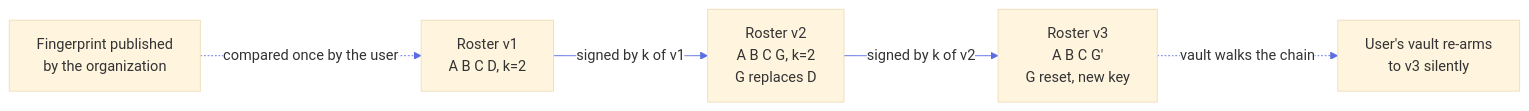
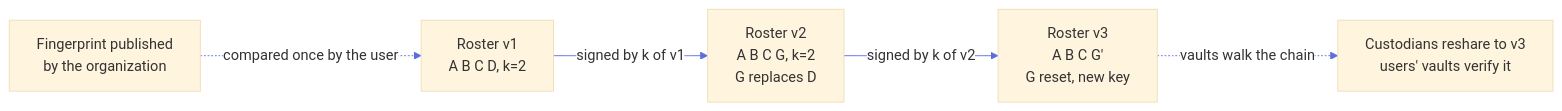
One commit to suitenumerique/encryption changed diagram 13 of 22 in shamir.md. Above: the diagram before and after it, drawn with Mermaid. The commit also changed other lines of this file and 91 other files, not shown here.

````diff
--- a/shamir.md
+++ b/shamir.md
@@ -480,8 +537,8 @@
 ```mermaid
 %%{init: {'theme':'base','look':'classic','themeVariables':{'lineColor':'#5b6ee0','edgeLabelBackground':'#ffffff','clusterBkg':'#f5f7ff','clusterBorder':'#9aa7e8','titleColor':'#1a1a2e'},'themeCSS':'.edgeLabel p{background-color:#ffffff;color:#444;font-style:italic;border:1px solid #b5b5b5;padding:2px 8px;border-radius:10px;margin:0;} .edgeLabel .labelBkg{background:transparent;}'}}%%
 flowchart LR
   P[Fingerprint published<br/>by the organization] -.->|compared once by the user| V1
   V1[Roster v1<br/>A B C D, k=2] -->|signed by k of v1| V2[Roster v2<br/>A B C G, k=2<br/>G replaces D]
   V2 -->|signed by k of v2| V3[Roster v3<br/>A B C G'<br/>G reset, new key]
-  V3 -.->|vault walks the chain| U[User's vault re-arms<br/>to v3 silently]
+  V3 -.->|vaults walk the chain| U[Custodians reshare to v3<br/>users' vaults verify it]
 ```
````
